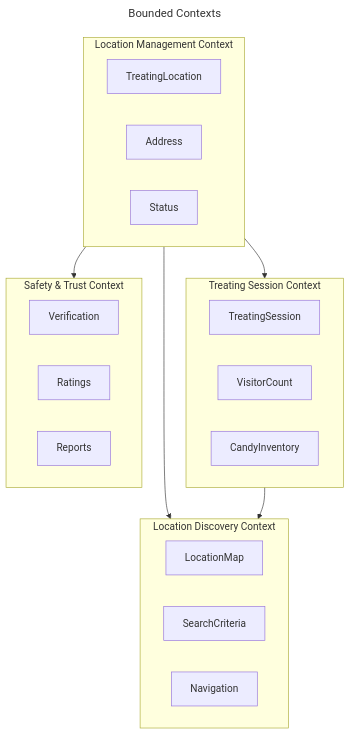
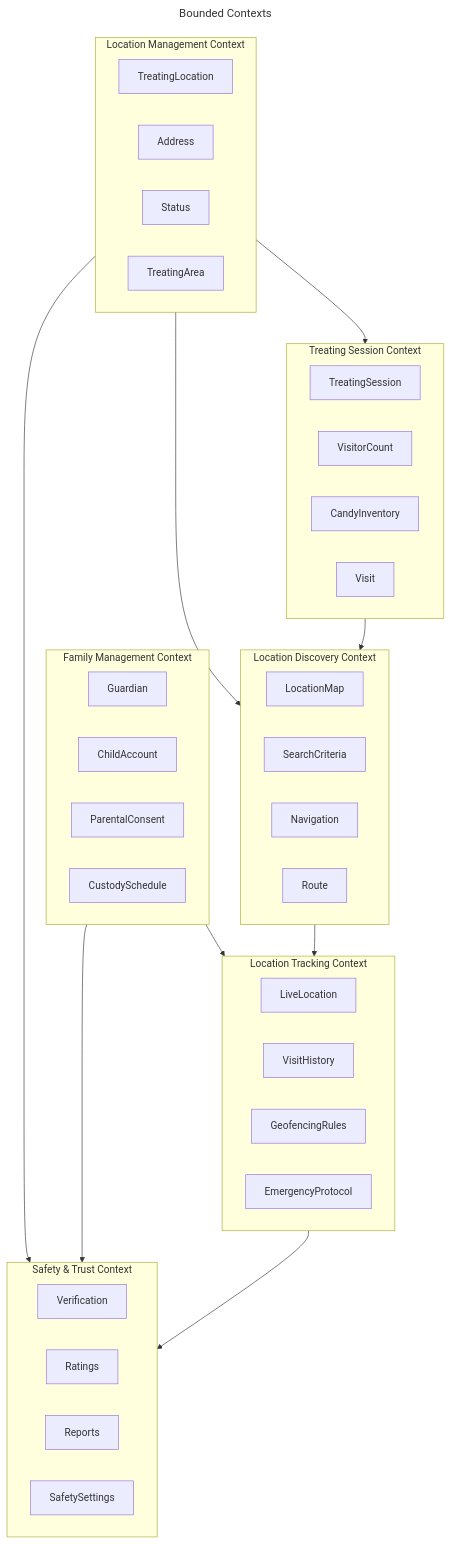
The diagram in bounded-contexts.md (janusmartinlee/trick-or-treat-finder), drawn with Mermaid before and after one commit. The commit also changed 178 other files, not shown here.

````diff
--- a/bounded-contexts.md
+++ b/bounded-contexts.md
@@ -3,34 +3,56 @@
 ```mermaid
 ---
 title: Bounded Contexts
 ---
 graph TB
     subgraph Location["Location Management Context"]
         L1[TreatingLocation]
         L2[Address]
         L3[Status]
+        L4[TreatingArea]
     end
 
     subgraph Session["Treating Session Context"]
         S1[TreatingSession]
         S2[VisitorCount]
         S3[CandyInventory]
+        S4[Visit]
     end
 
     subgraph Discovery["Location Discovery Context"]
         D1[LocationMap]
         D2[SearchCriteria]
         D3[Navigation]
+        D4[Route]
     end
 
     subgraph Safety["Safety & Trust Context"]
         T1[Verification]
         T2[Ratings]
         T3[Reports]
+        T4[SafetySettings]
+    end
+
+    subgraph Family["Family Management Context"]
+        F1[Guardian]
+        F2[ChildAccount]
+        F3[ParentalConsent]
+        F4[CustodySchedule]
+    end
+
+    subgraph Tracking["Location Tracking Context"]
+        TR1[LiveLocation]
+        TR2[VisitHistory]
+        TR3[GeofencingRules]
+        TR4[EmergencyProtocol]
     end
 
     Location --> Session
     Location --> Discovery
     Location --> Safety
     Session --> Discovery
+    Family --> Safety
+    Family --> Tracking
+    Tracking --> Safety
+    Discovery --> Tracking
 ```
````
